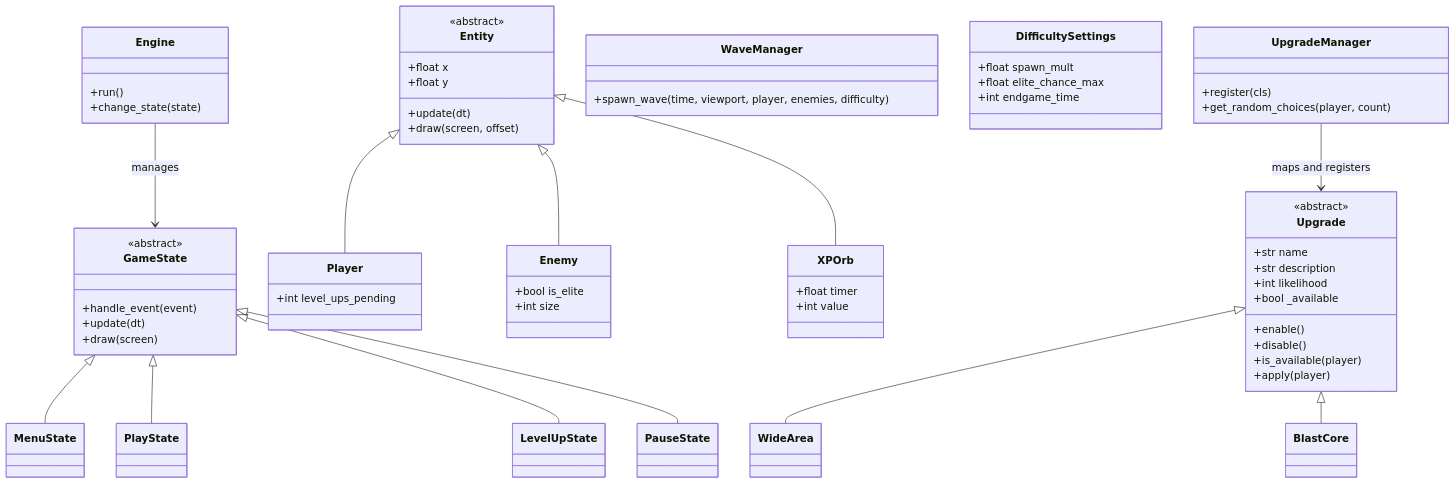
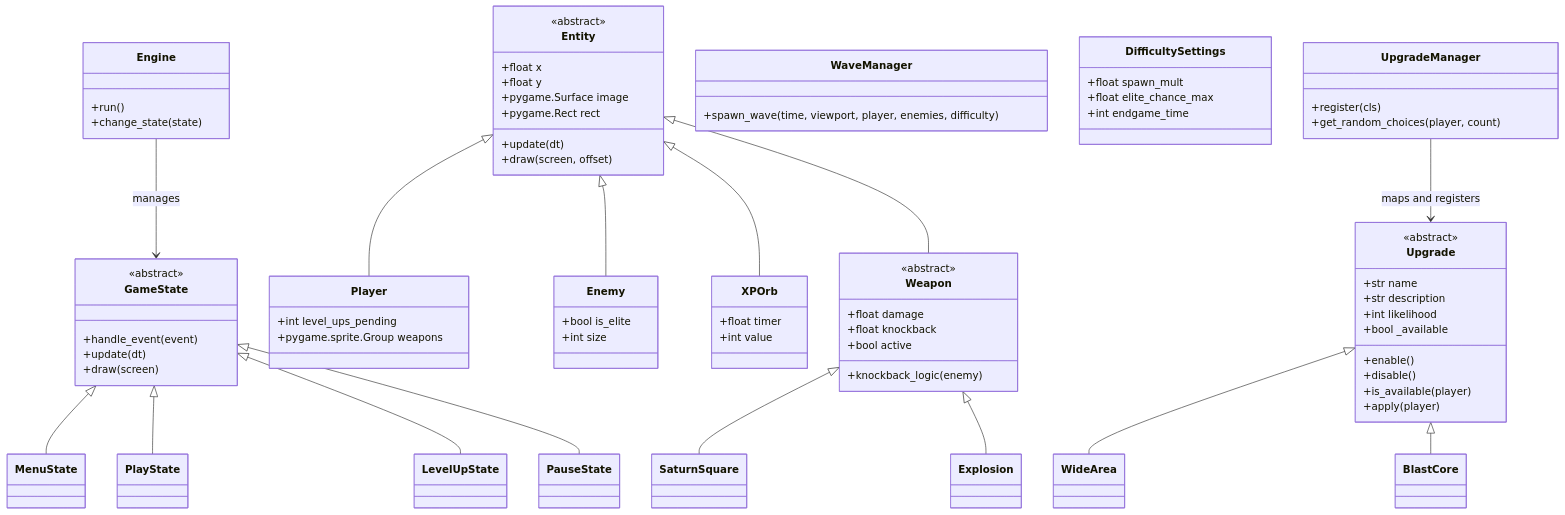
Before and after one commit to lavariall/square-survivors: the diagram in README.md, drawn with Mermaid. The commit also changed other lines of this file, not shown here.

Commit message:
docs: update README and architecture guidelines for materialized combat system

```diff
--- a/README.md
+++ b/README.md
@@ -47,11 +47,14 @@
         <<abstract>>
         +float x
         +float y
+        +pygame.Surface image
+        +pygame.Rect rect
         +update(dt)
         +draw(screen, offset)
     }
     class Player { 
         +int level_ups_pending
+        +pygame.sprite.Group weapons
     }
     class Enemy {
         +bool is_elite
@@ -65,6 +68,21 @@
     Entity <|-- Player
     Entity <|-- Enemy
     Entity <|-- XPOrb
+
+    %% Weapons
+    class Weapon {
+        <<abstract>>
+        +float damage
+        +float knockback
+        +bool active
+        +knockback_logic(enemy)
+    }
+    class SaturnSquare { }
+    class Explosion { }
+
+    Entity <|-- Weapon
+    Weapon <|-- SaturnSquare
+    Weapon <|-- Explosion
 
     %% Systems
     class WaveManager {
```
